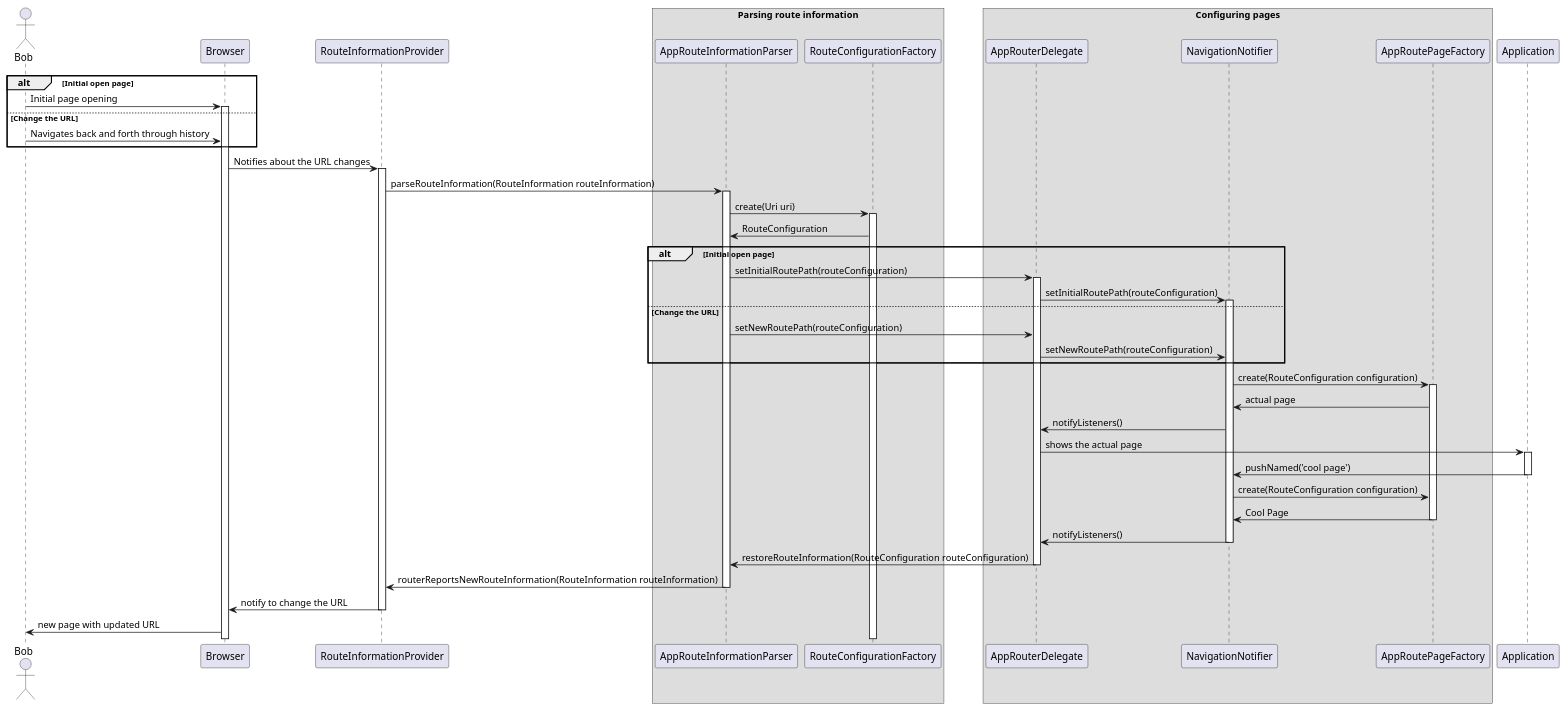
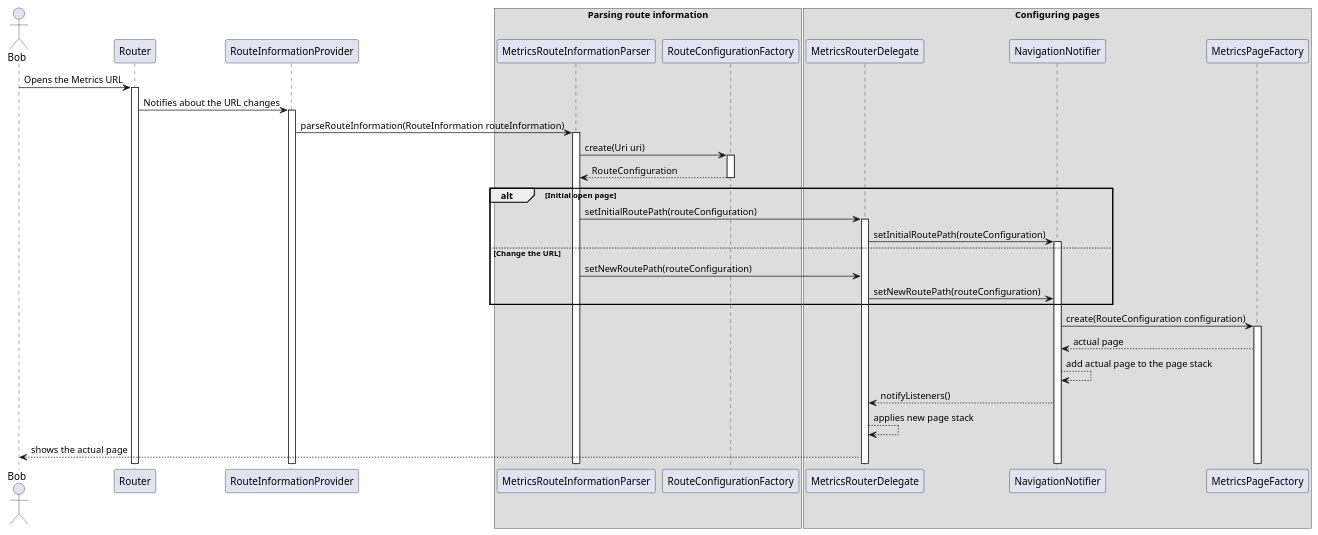
One commit to Flank/flank-dashboard changed the diagram in metrics/web/docs/features/navigation/diagrams/navigation_sequence_diagram.puml. Above: the diagram before and after it, drawn with PlantUML. The commit also changed 3 other files, not shown here.

Commit message:
Fix diagrams and docs

```diff
--- a/metrics/web/docs/features/navigation/diagrams/navigation_sequence_diagram.puml
+++ b/metrics/web/docs/features/navigation/diagrams/navigation_sequence_diagram.puml
@@ -2,82 +2,58 @@
-@startuml routing_sequence_diagram
+@startuml navigation_sequence_diagram
 
-    actor Bob
+actor Bob
 
-    participant Browser
-    participant RouteInformationProvider
+participant Router
+participant RouteInformationProvider
 
-    box Parsing route information
-        participant AppRouteInformationParser
-        participant RouteConfigurationFactory
-    endbox
+box Parsing route information
+participant MetricsRouteInformationParser
+participant RouteConfigurationFactory
+endbox
 
-    box Configuring pages
-        participant AppRouterDelegate
-        participant NavigationNotifier
-        participant AppRoutePageFactory
-    endbox 
+box Configuring pages
+participant MetricsRouterDelegate
+participant NavigationNotifier
+participant MetricsPageFactory
+endbox
 
-    participant Application
+Bob -> Router : Opens the Metrics URL
+activate Router
 
-    alt Initial open page
-        Bob -> Browser : Initial page opening
-        activate Browser
-    else Change the URL
-        Bob -> Browser : Navigates back and forth through history
-    end
+Router -> RouteInformationProvider : Notifies about the URL changes
+activate RouteInformationProvider
 
-    Browser -> RouteInformationProvider : Notifies about the URL changes
-    activate RouteInformationProvider
+RouteInformationProvider -> MetricsRouteInformationParser : parseRouteInformation(RouteInformation routeInformation)
+activate MetricsRouteInformationParser
 
-    RouteInformationProvider -> AppRouteInformationParser : parseRouteInformation(RouteInformation routeInformation)
-    activate AppRouteInformationParser
+MetricsRouteInformationParser -> RouteConfigurationFactory : create(Uri uri)
+activate RouteConfigurationFactory
 
-    AppRouteInformationParser -> RouteConfigurationFactory : create(Uri uri)
-    activate RouteConfigurationFactory
+return RouteConfiguration
 
-    RouteConfigurationFactory -> AppRouteInformationParser : RouteConfiguration
+alt Initial open page
+    MetricsRouteInformationParser -> MetricsRouterDelegate : setInitialRoutePath(routeConfiguration)
+    activate MetricsRouterDelegate
 
-    alt Initial open page
-       AppRouteInformationParser -> AppRouterDelegate : setInitialRoutePath(routeConfiguration)
-        activate AppRouterDelegate
+    MetricsRouterDelegate -> NavigationNotifier : setInitialRoutePath(routeConfiguration)
+    activate NavigationNotifier
+else Change the URL
+    MetricsRouteInformationParser -> MetricsRouterDelegate : setNewRoutePath(routeConfiguration)
 
-        AppRouterDelegate -> NavigationNotifier : setInitialRoutePath(routeConfiguration)
-        activate NavigationNotifier
-    else Change the URL
-        AppRouteInformationParser -> AppRouterDelegate : setNewRoutePath(routeConfiguration)
+    MetricsRouterDelegate -> NavigationNotifier : setNewRoutePath(routeConfiguration)
+end
 
-        AppRouterDelegate -> NavigationNotifier : setNewRoutePath(routeConfiguration)
-    end
+NavigationNotifier -> MetricsPageFactory : create(RouteConfiguration configuration)
+activate MetricsPageFactory
 
-    NavigationNotifier -> AppRoutePageFactory : create(RouteConfiguration configuration)
-    activate AppRoutePageFactory
+MetricsPageFactory --> NavigationNotifier : actual page
 
-    AppRoutePageFactory -> NavigationNotifier : actual page
+NavigationNotifier --> NavigationNotifier : add actual page to the page stack
 
-    NavigationNotifier -> AppRouterDelegate: notifyListeners()
+NavigationNotifier --> MetricsRouterDelegate: notifyListeners()
 
-    AppRouterDelegate -> Application : shows the actual page
-    activate Application
+MetricsRouterDelegate --> MetricsRouterDelegate: applies new page stack
 
-    Application -> NavigationNotifier : pushNamed('cool page')
-    deactivate Application
+MetricsRouterDelegate --> Bob : shows the actual page
 
-    NavigationNotifier -> AppRoutePageFactory : create(RouteConfiguration configuration)
-
-    AppRoutePageFactory -> NavigationNotifier : Cool Page
-    deactivate AppRoutePageFactory
-
-    NavigationNotifier -> AppRouterDelegate : notifyListeners()
-    deactivate NavigationNotifier
-
-    AppRouterDelegate -> AppRouteInformationParser : restoreRouteInformation(RouteConfiguration routeConfiguration)
-    deactivate AppRouterDelegate
-
-    AppRouteInformationParser -> RouteInformationProvider : routerReportsNewRouteInformation(RouteInformation routeInformation)
-    deactivate AppRouteInformationParser
-
-    RouteInformationProvider -> Browser : notify to change the URL
-    deactivate RouteInformationProvider
-
-    Browser -> Bob : new page with updated URL
 @enduml
```
